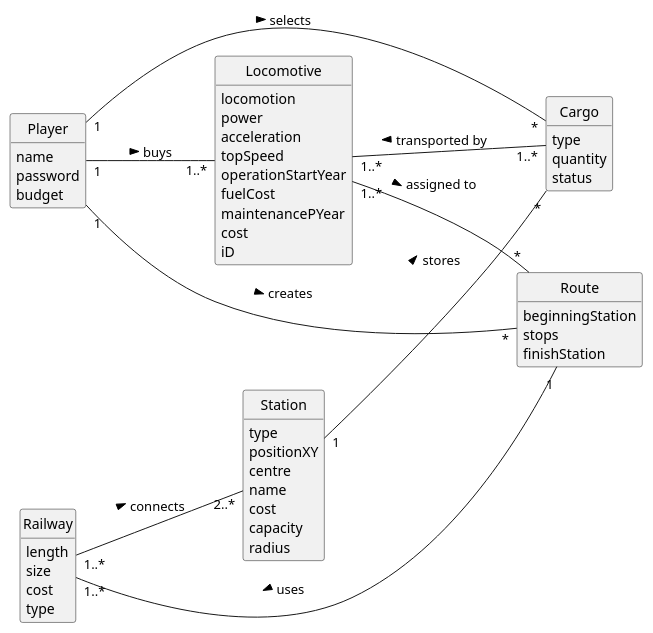
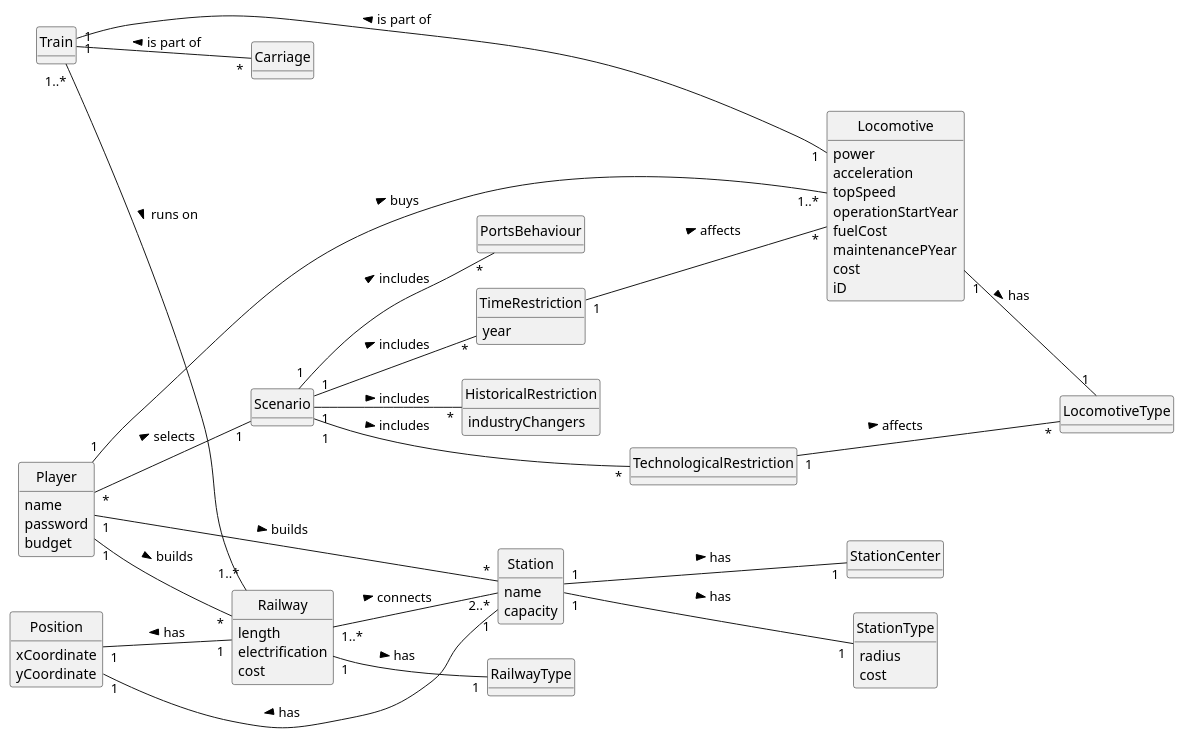
One commit to 1240935/pi2-railway-simulator changed the diagram in Sprint2/US013/02.analysis/puml/US013-DM.puml. Above: the diagram before and after it, drawn with PlantUML. The commit also changed 13 other files, not shown here.

```diff
--- a/Sprint2/US013/02.analysis/puml/US013-DM.puml
+++ b/Sprint2/US013/02.analysis/puml/US013-DM.puml
@@ -1,69 +1,108 @@
 @startuml
 skinparam monochrome true
 skinparam packageStyle rectangle
 skinparam shadowing false
 'skinparam linetype ortho
 'left to right direction
 skinparam classAttributeIconSize 0
 hide circle
 hide methods
 
 left to right direction
 
 class Player {
     name
     password
     budget
 }
 
 class Locomotive {
-    locomotion
     power
     acceleration
     topSpeed
     operationStartYear
     fuelCost
     maintenancePYear
     cost
     iD
 }
 
-class Route {
-    beginningStation
-    stops
-    finishStation
+class LocomotiveType{
 }
 
 class Station {
-    type
-    positionXY
-    centre
     name
-    cost
     capacity
-    radius
 }
 
-class Cargo {
-    type
-    quantity
-    status
+class StationCenter{
+}
+
+class StationType{
+    radius
+    cost
 }
 
 class Railway{
     length
-    size
+    electrification
     cost
-    type
 }
 
-Player "1" -- "*" Route : creates >
-Player "1" -- "*"  Cargo : selects >
+class RailwayType{
+}
+
+class Position{
+    xCoordinate
+    yCoordinate
+}
+
+class Train {
+}
+
+class Carriage{
+}
+
+class HistoricalRestriction{
+    industryChangers
+}
+
+class TimeRestriction{
+    year
+}
+
+class TechnologicalRestriction{
+}
+
+class PortsBehaviour{
+}
+
+Player "*" -- "1" Scenario : selects >
+Player "1" -- "*" Station : builds >
+Player "1" -- "*" Railway : builds >
 Player "1" -- "1..*" Locomotive : buys >
+
+Scenario "1" -- "*" HistoricalRestriction: includes >
+Scenario "1" -- "*" TechnologicalRestriction: includes >
+Scenario "1" -- "*" TimeRestriction: includes >
+Scenario "1" -- "*" PortsBehaviour: includes >
+
+TimeRestriction "1" -- "*" Locomotive: affects >
+TechnologicalRestriction "1" -- "*" LocomotiveType: affects >
+
+Position "1" -- "1" Station: has <
+Position "1" -- "1" Railway: has <
+
+Station "1" -- "1" StationType: has >
+Station "1" -- "1" StationCenter: has >
+
+Locomotive "1" -- "1" LocomotiveType: has >
+
 Railway "1..*" -- "2..*" Station : connects >
-Locomotive "1..*" -- "*" Route : assigned to >
-Locomotive "1..*" -- "1..*" Cargo : transported by <
-Railway "1..*" -- "1" Route: uses <
-Station "1" -- "*" Cargo : stores >
+Railway "1" -- "1" RailwayType: has >
+
+Train "1" -- "1" Locomotive: is part of <
+Train "1" -- "*" Carriage: is part of <
+Train "1..*" -- "1..*" Railway: runs on >
 
 @enduml
```
